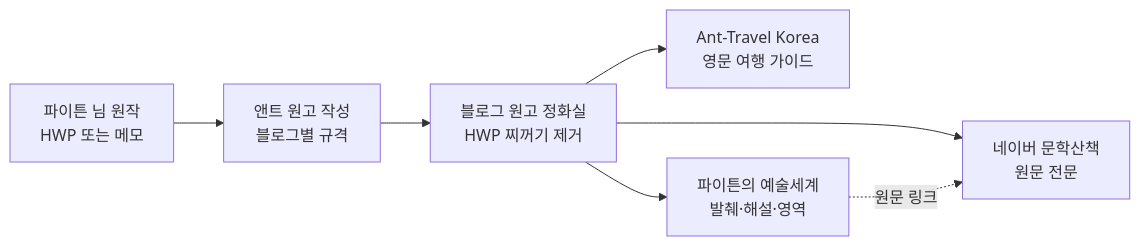
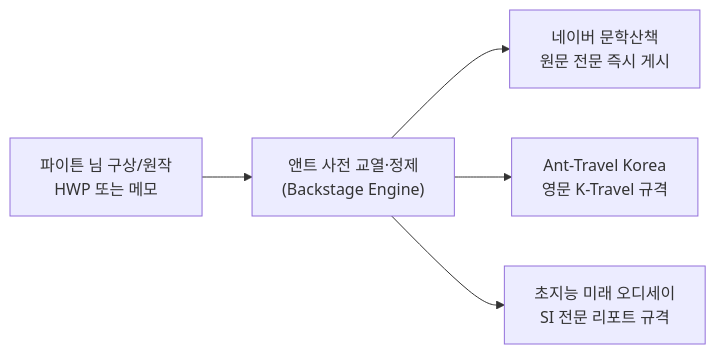
Before and after one commit to kyanos-kr/kyanos-kr.github.io: the diagram in 키아노스_정부부처/04_교육_문화부/3대_블로그_네트워크/README.md, drawn with Mermaid. The commit also changed other lines of this file and 2 other files, not shown here.

Commit message:
refactor(blog): streamline blog operations by internalizing purification into backstage engine

````diff
--- a/키아노스_정부부처/04_교육_문화부/3대_블로그_네트워크/README.md
+++ b/키아노스_정부부처/04_교육_문화부/3대_블로그_네트워크/README.md
@@ -58,9 +58,7 @@
 ```mermaid
 flowchart LR
-    A["파이튼 님 원작<br/>HWP 또는 메모"] --> B["앤트 원고 작성<br/>블로그별 규격"]
-    B --> C["블로그 원고 정화실<br/>HWP 찌꺼기 제거"]
-    C --> N["네이버 문학산책<br/>원문 전문"]
-    C --> T["Ant-Travel Korea<br/>영문 여행 가이드"]
-    C --> P["파이튼의 예술세계<br/>발췌·해설·영역"]
-    P -. "원문 링크" .-> N
+    A["파이튼 님 구상/원작<br/>HWP 또는 메모"] --> B["앤트 사전 교열·정제<br/>(Backstage Engine)"]
+    B --> N["네이버 문학산책<br/>원문 전문 즉시 게시"]
+    B --> T["Ant-Travel Korea<br/>영문 K-Travel 규격"]
+    B --> P["초지능 미래 오디세이<br/>SI 전문 리포트 규격"]
 ```
````
